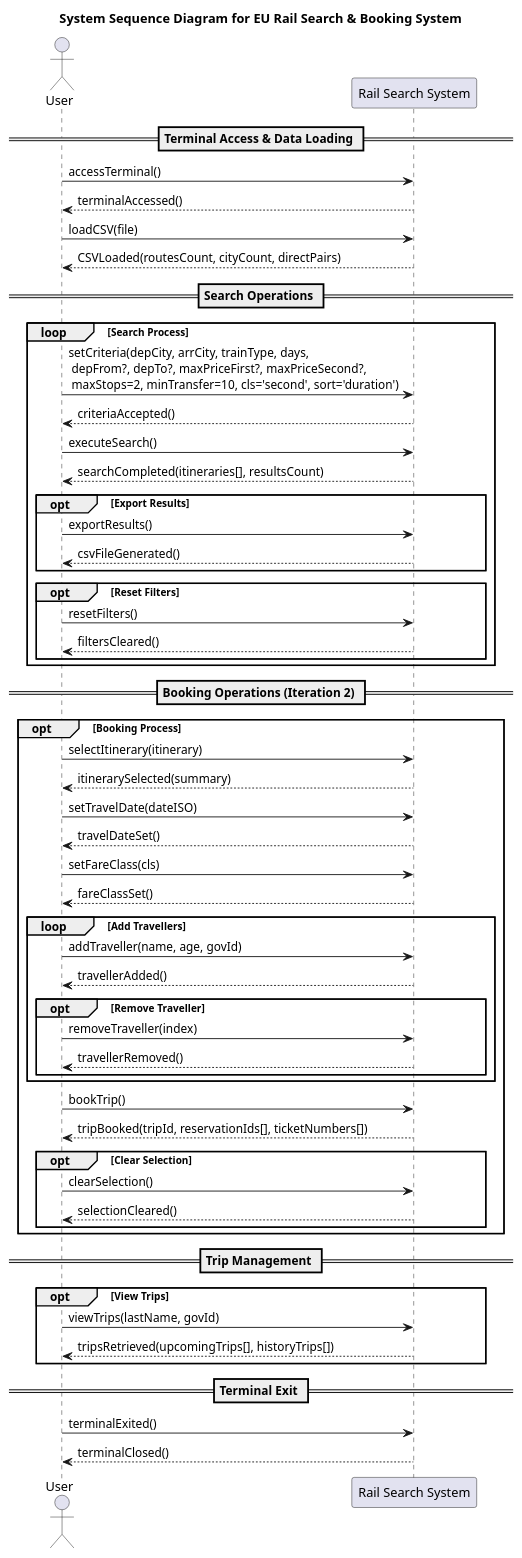
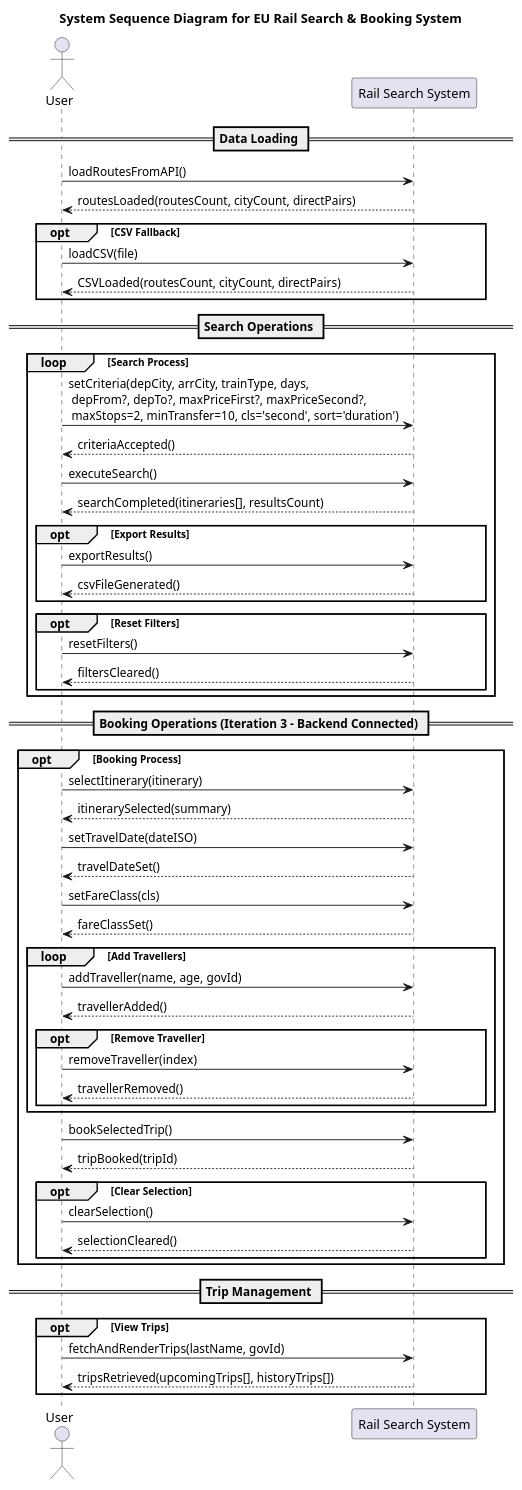
Before and after one commit to nicolas-zampieri/SOEN342: the diagram in docs/PlantUMLCode/systemSequence.puml, drawn with PlantUML. The commit also changed 800 other files, not shown here.

First line of the commit message:
Update system operation diagrams and PlantUML files

```diff
--- a/docs/PlantUMLCode/systemSequence.puml
+++ b/docs/PlantUMLCode/systemSequence.puml
@@ -1,73 +1,71 @@
 @startuml SystemSequenceDiagram
 title System Sequence Diagram for EU Rail Search & Booking System
 
 actor User as U
 participant "Rail Search System" as System
 
-== Terminal Access & Data Loading ==
-U -> System : accessTerminal()
-System --> U : terminalAccessed()
+== Data Loading ==
+U -> System : loadRoutesFromAPI()
+System --> U : routesLoaded(routesCount, cityCount, directPairs)
 
-U -> System : loadCSV(file)
-System --> U : CSVLoaded(routesCount, cityCount, directPairs)
+opt CSV Fallback
+    U -> System : loadCSV(file)
+    System --> U : CSVLoaded(routesCount, cityCount, directPairs)
+end
 
 == Search Operations ==
 loop Search Process
     U -> System : setCriteria(depCity, arrCity, trainType, days,\n depFrom?, depTo?, maxPriceFirst?, maxPriceSecond?,\n maxStops=2, minTransfer=10, cls='second', sort='duration')
     System --> U : criteriaAccepted()
     
     U -> System : executeSearch()
     System --> U : searchCompleted(itineraries[], resultsCount)
     
     opt Export Results
         U -> System : exportResults()
         System --> U : csvFileGenerated()
     end
     
     opt Reset Filters
         U -> System : resetFilters()
         System --> U : filtersCleared()
     end
 end
 
-== Booking Operations (Iteration 2) ==
+== Booking Operations (Iteration 3 - Backend Connected) ==
 opt Booking Process
     U -> System : selectItinerary(itinerary)
     System --> U : itinerarySelected(summary)
     
     U -> System : setTravelDate(dateISO)
     System --> U : travelDateSet()
     
     U -> System : setFareClass(cls)
     System --> U : fareClassSet()
     
     loop Add Travellers
         U -> System : addTraveller(name, age, govId)
         System --> U : travellerAdded()
         
         opt Remove Traveller
             U -> System : removeTraveller(index)
             System --> U : travellerRemoved()
         end
     end
     
-    U -> System : bookTrip()
-    System --> U : tripBooked(tripId, reservationIds[], ticketNumbers[])
+    U -> System : bookSelectedTrip()
+    System --> U : tripBooked(tripId)
     
     opt Clear Selection
         U -> System : clearSelection()
         System --> U : selectionCleared()
     end
 end
 
 == Trip Management ==
 opt View Trips
-    U -> System : viewTrips(lastName, govId)
+    U -> System : fetchAndRenderTrips(lastName, govId)
     System --> U : tripsRetrieved(upcomingTrips[], historyTrips[])
 end
 
-== Terminal Exit ==
-U -> System : terminalExited()
-System --> U : terminalClosed()
-
 @enduml
```
